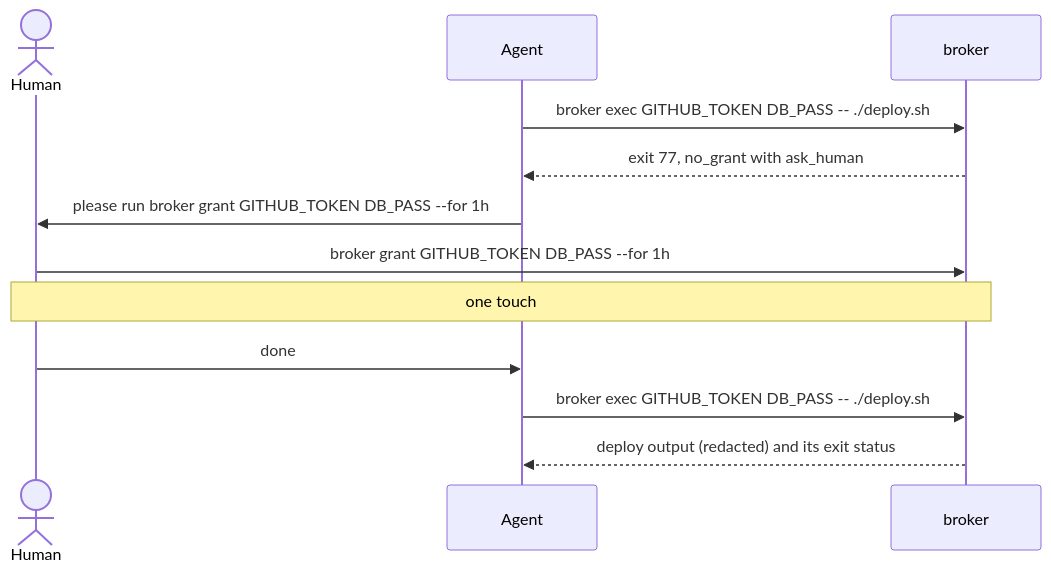
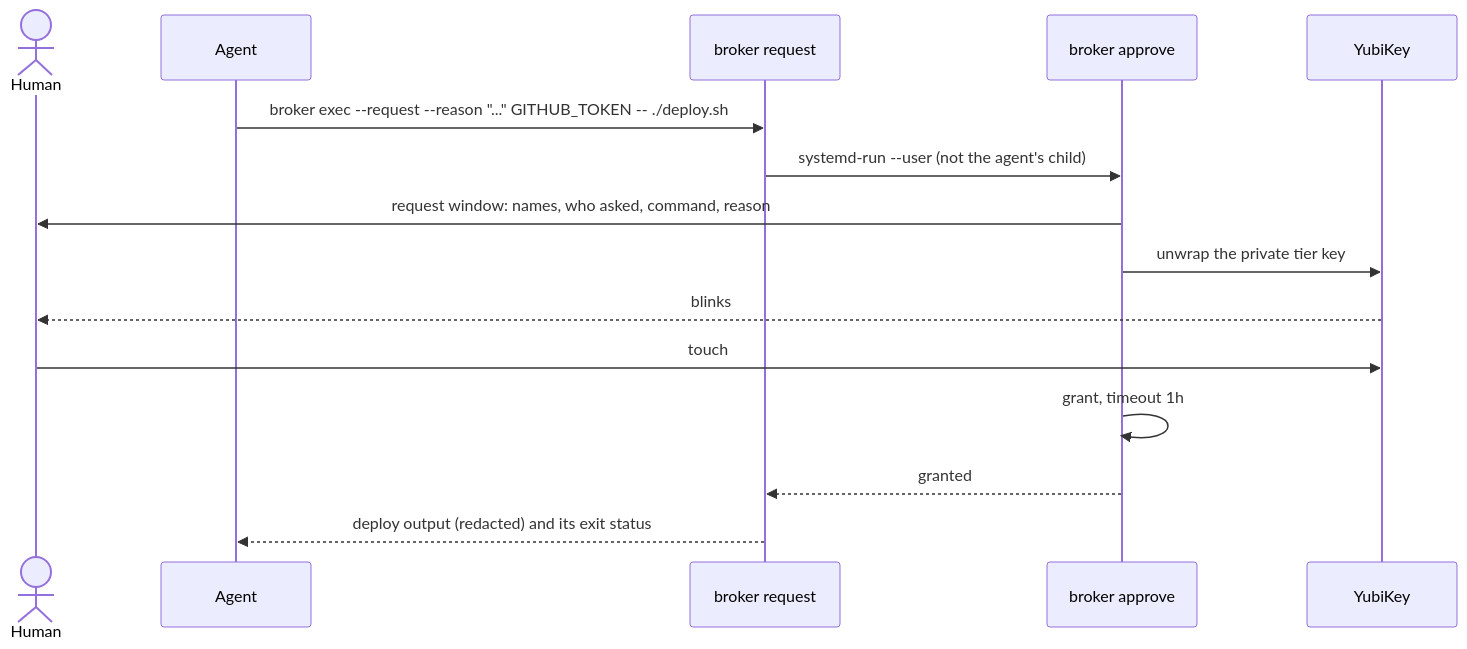
Before and after one commit to NathanielInman/credential-broker: the fourth of 6 diagrams in README.md, drawn with Mermaid. The commit also changed other lines of this file and 3 other files, not shown here.

First line of the commit message:
docs: request window in README, DESIGN, and agent skill

````diff
--- a/README.md
+++ b/README.md
@@ -110,14 +116,17 @@
 ```mermaid
 sequenceDiagram
     actor H as Human
     participant A as Agent
-    participant B as broker
-    A->>B: broker exec GITHUB_TOKEN DB_PASS -- ./deploy.sh
-    B-->>A: exit 77, no_grant with ask_human
-    A->>H: please run broker grant GITHUB_TOKEN DB_PASS --for 1h
-    H->>B: broker grant GITHUB_TOKEN DB_PASS --for 1h
-    Note over H,B: one touch
-    H->>A: done
-    A->>B: broker exec GITHUB_TOKEN DB_PASS -- ./deploy.sh
+    participant B as broker request
+    participant P as broker approve
+    participant Y as YubiKey
+    A->>B: broker exec --request --reason "..." GITHUB_TOKEN -- ./deploy.sh
+    B->>P: systemd-run --user (not the agent's child)
+    P->>H: request window: names, who asked, command, reason
+    P->>Y: unwrap the private tier key
+    Y-->>H: blinks
+    H->>Y: touch
+    P->>P: grant, timeout 1h
+    P-->>B: granted
     B-->>A: deploy output (redacted) and its exit status
 ```
````
